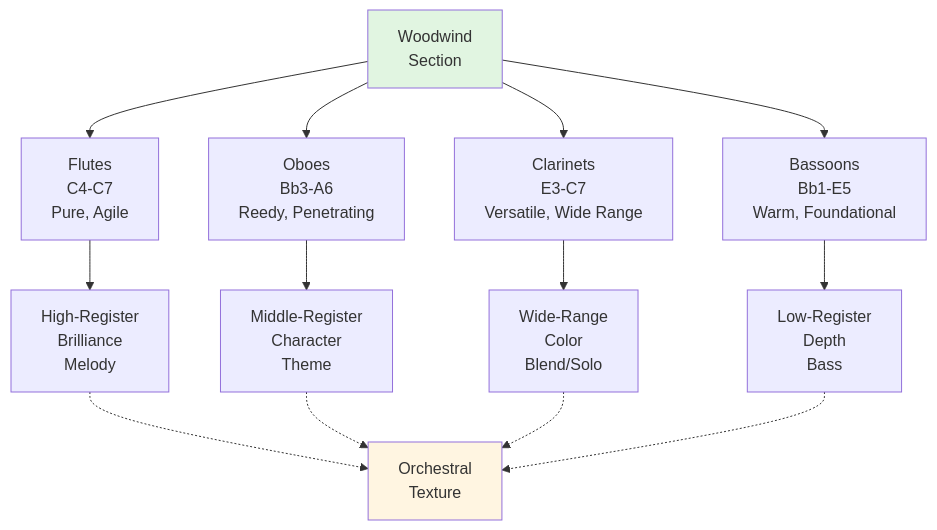
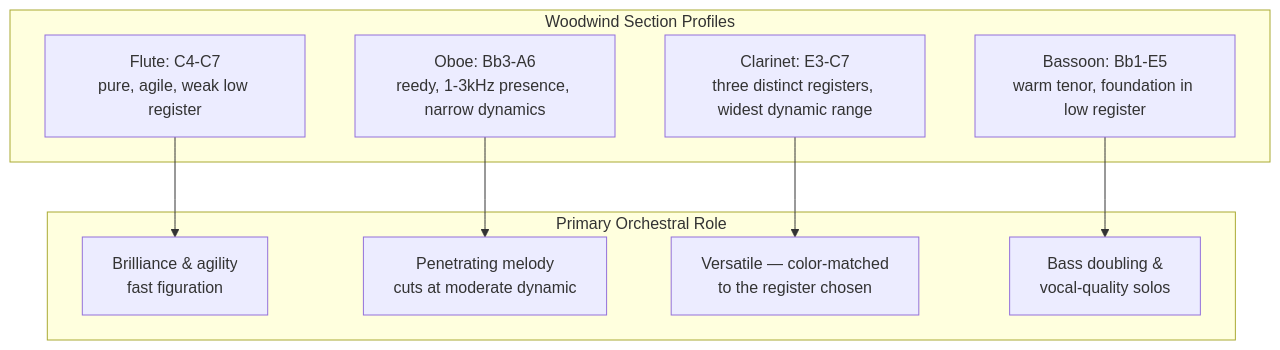
Before and after one commit to blebleblee/synapse: the second of 2 diagrams in topics/arts/composition/orchestration/lesson_01_orchestration_basics.md, drawn with Mermaid. The commit also changed other lines of this file and 4 other files, not shown here.

````diff
--- a/topics/arts/composition/orchestration/lesson_01_orchestration_basics.md
+++ b/topics/arts/composition/orchestration/lesson_01_orchestration_basics.md
@@ -253,20 +246,19 @@
 ```mermaid
 graph TB
-    A["Woodwind<br/>Section"] --> B["Flutes<br/>C4-C7<br/>Pure, Agile"]
-    A --> C["Oboes<br/>Bb3-A6<br/>Reedy, Penetrating"]
-    A --> D["Clarinets<br/>E3-C7<br/>Versatile, Wide Range"]
-    A --> E["Bassoons<br/>Bb1-E5<br/>Warm, Foundational"]
-    
-    B --> F["High-Register<br/>Brilliance<br/>Melody"]
-    C --> G["Middle-Register<br/>Character<br/>Theme"]
-    D --> H["Wide-Range<br/>Color<br/>Blend/Solo"]
-    E --> I["Low-Register<br/>Depth<br/>Bass"]
-    
-    F -.-> J["Orchestral<br/>Texture"]
-    G -.-> J
-    H -.-> J
-    I -.-> J
-    
-    style A fill:#e1f5e1
-    style J fill:#fff5e1
+    subgraph sub_ww ["Woodwind Section Profiles"]
+        A["Flute: C4-C7<br/>pure, agile, weak low register"]
+        B["Oboe: Bb3-A6<br/>reedy, 1-3kHz presence, narrow dynamics"]
+        C["Clarinet: E3-C7<br/>three distinct registers, widest dynamic range"]
+        D["Bassoon: Bb1-E5<br/>warm tenor, foundation in low register"]
+    end
+    subgraph sub_func ["Primary Orchestral Role"]
+        E["Brilliance & agility<br/>fast figuration"]
+        F["Penetrating melody<br/>cuts at moderate dynamic"]
+        G["Versatile — color-matched<br/>to the register chosen"]
+        H["Bass doubling &<br/>vocal-quality solos"]
+    end
+    A --> E
+    B --> F
+    C --> G
+    D --> H
 ```
````
